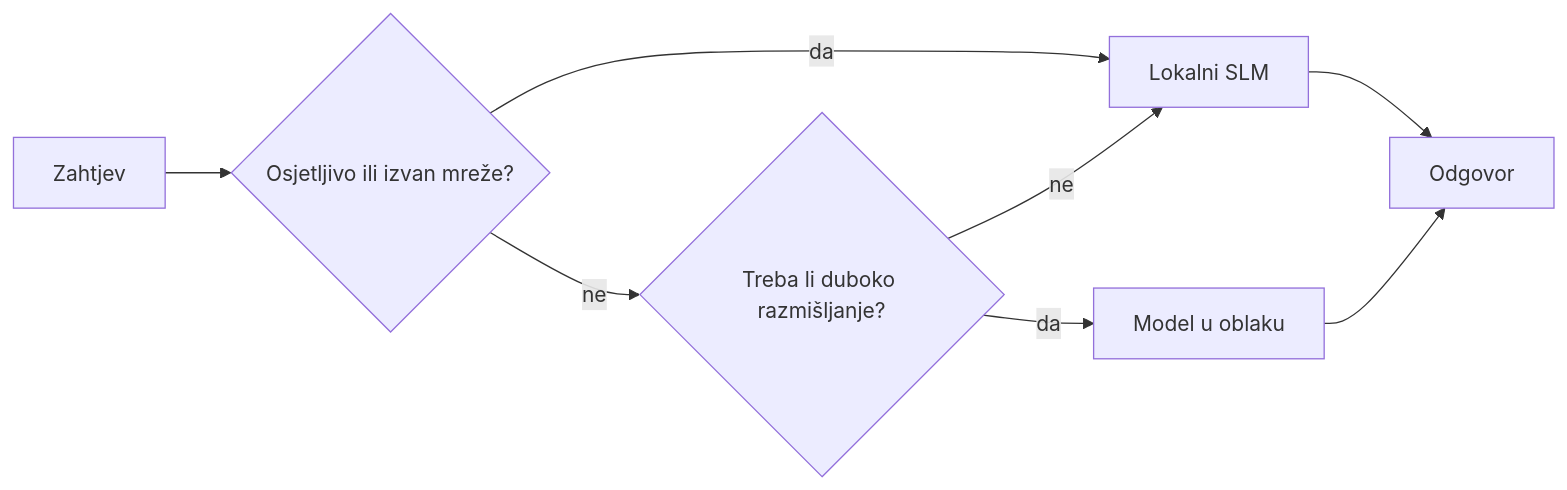
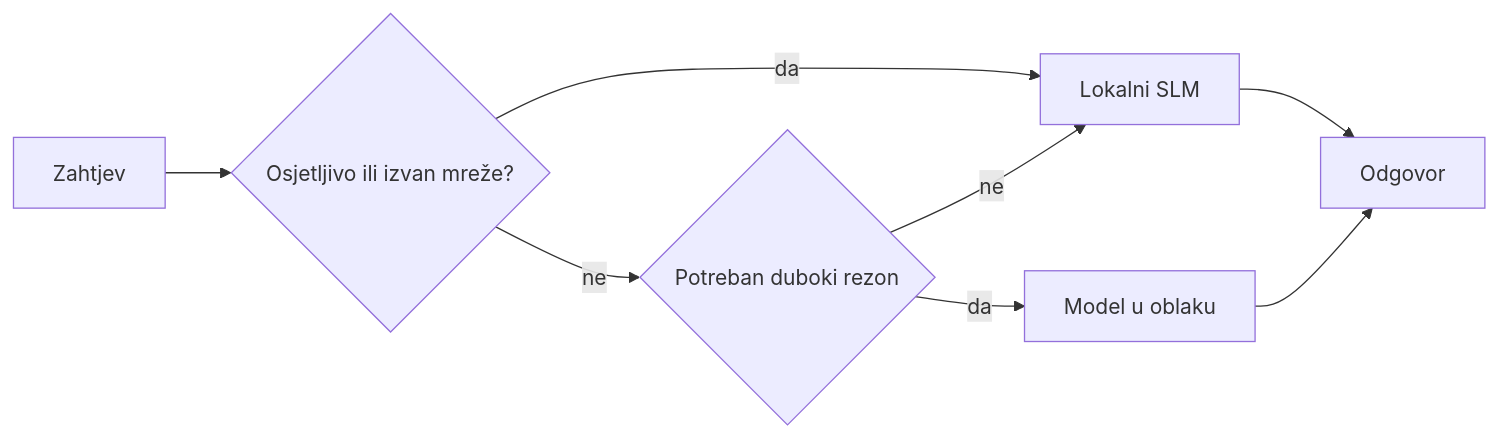
Before and after one commit to microsoft/ai-agents-for-beginners: the fourth of 4 diagrams in translations/hr/17-creating-local-ai-agents/README.md, drawn with Mermaid. The commit also changed other lines of this file and 47 other files, not shown here.

````diff
--- a/translations/hr/17-creating-local-ai-agents/README.md
+++ b/translations/hr/17-creating-local-ai-agents/README.md
@@ -156,10 +156,10 @@
 ```mermaid
 flowchart LR
     Q[Zahtjev] --> S{Osjetljivo ili izvan mreže?}
     S -->|da| L[Lokalni SLM]
-    S -->|ne| C{Treba li duboko razmišljanje?}
+    S -->|ne| C{Potreban duboki rezon}
     C -->|ne| L
     C -->|da| Cloud[Model u oblaku]
     L --> Out[Odgovor]
     Cloud --> Out
 ```
````
